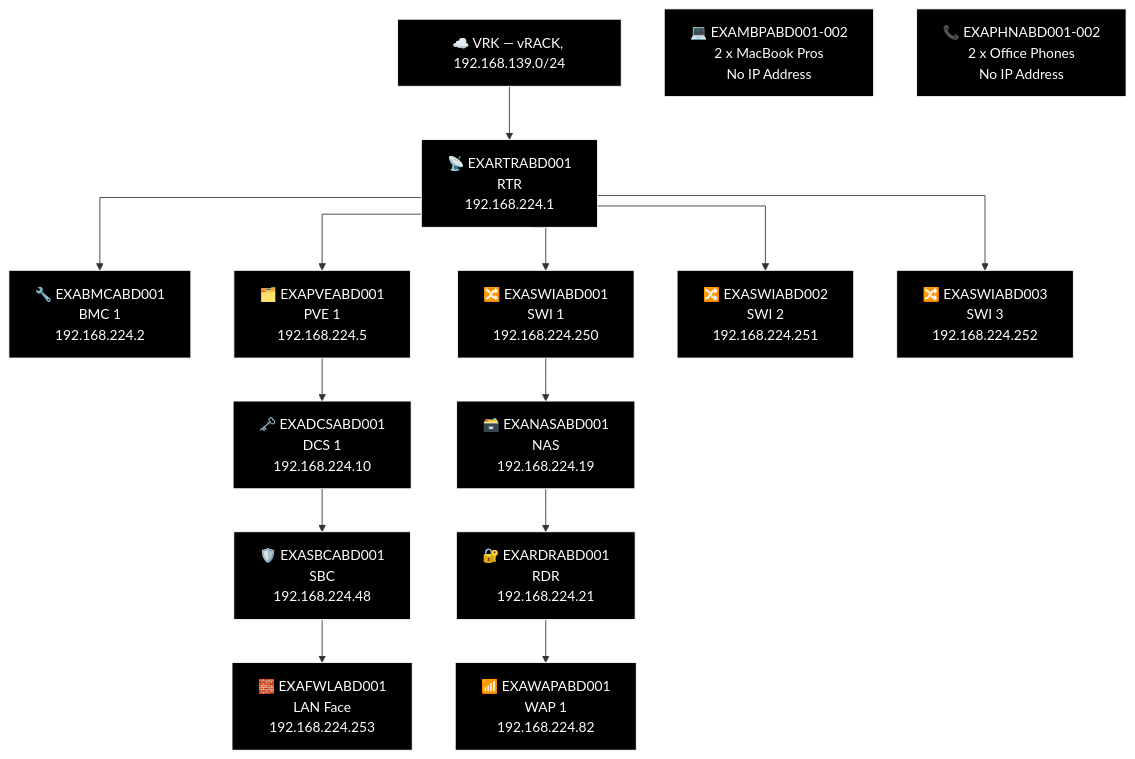
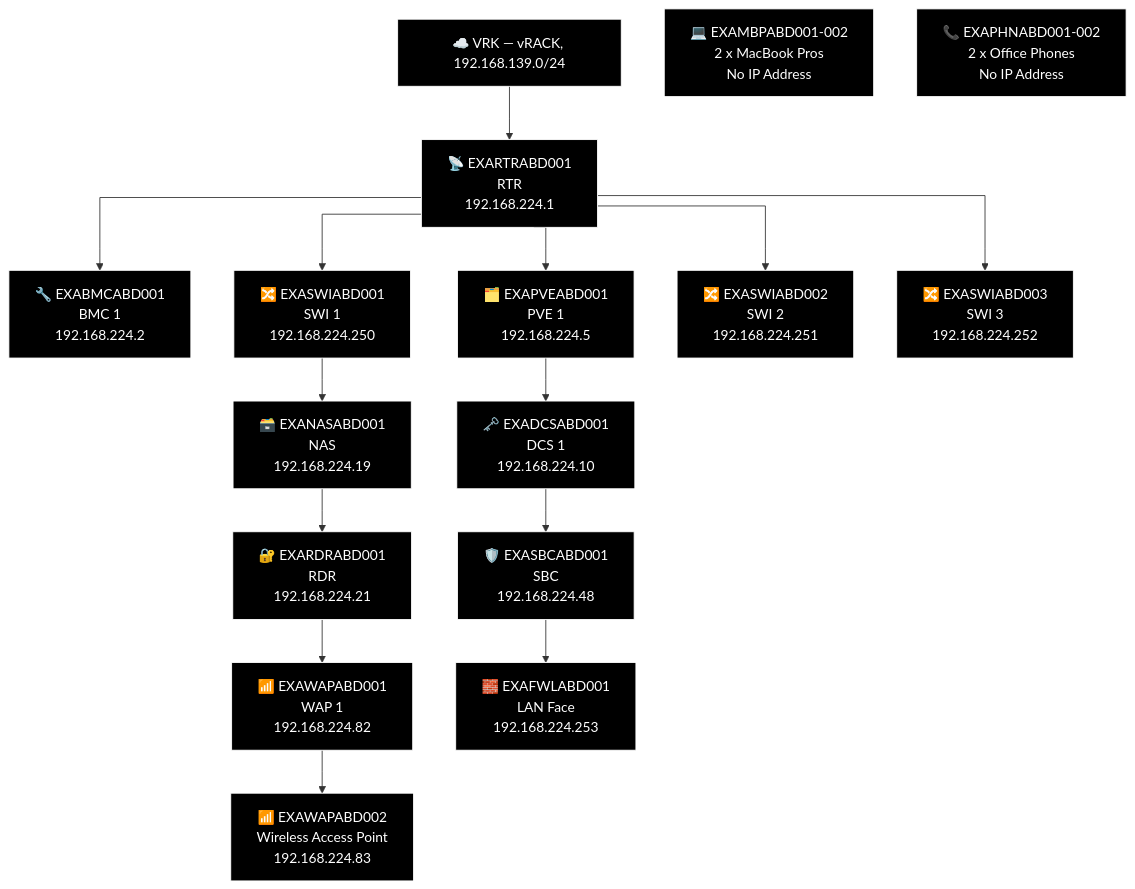
One commit to knightmare2600/example_music_infra changed diagram 21 of 21 in docs/network-diagram/scotland.md. Above: the diagram before and after it, drawn with Mermaid. The commit also changed other lines of this file and 25 other files, not shown here.

````diff
--- a/docs/network-diagram/scotland.md
+++ b/docs/network-diagram/scotland.md
@@ -1184,44 +1200,46 @@
 ```mermaid
 %% GENERATED:TOPOLOGY:ABD:START
 %%{init: {'flowchart': {'curve': 'stepAfter'}}}%%
 graph TD
     T_VRK["☁️ VRK — vRACK, 192.168.139.0/24"]
     T_RTR["📡 EXARTRABD001<br/>RTR<br/>192.168.224.1"]
     T_VRK --> T_RTR
     T_BMC["🔧 EXABMCABD001<br/>BMC 1<br/>192.168.224.2"]
     T_RTR --> T_BMC
     T_PVE["🗂️ EXAPVEABD001<br/>PVE 1<br/>192.168.224.5"]
     T_RTR --> T_PVE
     T_SWI["🔀 EXASWIABD001<br/>SWI 1<br/>192.168.224.250"]
     T_RTR --> T_SWI
     T_SWI2["🔀 EXASWIABD002<br/>SWI 2<br/>192.168.224.251"]
     T_RTR --> T_SWI2
     T_SWI3["🔀 EXASWIABD003<br/>SWI 3<br/>192.168.224.252"]
     T_RTR --> T_SWI3
     T_NAS["🗃️ EXANASABD001<br/>NAS<br/>192.168.224.19"]
     T_RDR["🔐 EXARDRABD001<br/>RDR<br/>192.168.224.21"]
     T_WAP["📶 EXAWAPABD001<br/>WAP 1<br/>192.168.224.82"]
-    T_SWI --> T_NAS --> T_RDR --> T_WAP
+    T_WAP2["📶 EXAWAPABD002<br/>Wireless Access Point<br/>192.168.224.83"]
+    T_SWI --> T_NAS --> T_RDR --> T_WAP --> T_WAP2
     T_DCS["🗝️ EXADCSABD001<br/>DCS 1<br/>192.168.224.10"]
     T_SBC["🛡️ EXASBCABD001<br/>SBC<br/>192.168.224.48"]
     T_FWL["🧱 EXAFWLABD001<br/>LAN Face<br/>192.168.224.253"]
     T_PVE --> T_DCS --> T_SBC --> T_FWL
     T_OTH_MBP["💻 EXAMBPABD001-002<br/>2 x MacBook Pros<br/>No IP Address"]
     T_OTH_PHN["📞 EXAPHNABD001-002<br/>2 x Office Phones<br/>No IP Address"]
     style T_VRK fill:#000000,stroke:#FFFFFF,color:#FFFFFF
     style T_RTR fill:#000000,stroke:#FFFFFF,color:#FFFFFF
     style T_BMC fill:#000000,stroke:#FFFFFF,color:#FFFFFF
     style T_PVE fill:#000000,stroke:#FFFFFF,color:#FFFFFF
     style T_SWI fill:#000000,stroke:#FFFFFF,color:#FFFFFF
     style T_SWI2 fill:#000000,stroke:#FFFFFF,color:#FFFFFF
     style T_SWI3 fill:#000000,stroke:#FFFFFF,color:#FFFFFF
     style T_NAS fill:#000000,stroke:#FFFFFF,color:#FFFFFF
     style T_RDR fill:#000000,stroke:#FFFFFF,color:#FFFFFF
     style T_WAP fill:#000000,stroke:#FFFFFF,color:#FFFFFF
+    style T_WAP2 fill:#000000,stroke:#FFFFFF,color:#FFFFFF
     style T_DCS fill:#000000,stroke:#FFFFFF,color:#FFFFFF
     style T_SBC fill:#000000,stroke:#FFFFFF,color:#FFFFFF
     style T_FWL fill:#000000,stroke:#FFFFFF,color:#FFFFFF
     style T_OTH_MBP fill:#000000,stroke:#FFFFFF,color:#FFFFFF
     style T_OTH_PHN fill:#000000,stroke:#FFFFFF,color:#FFFFFF
 %% GENERATED:TOPOLOGY:ABD:END
 ```
````
